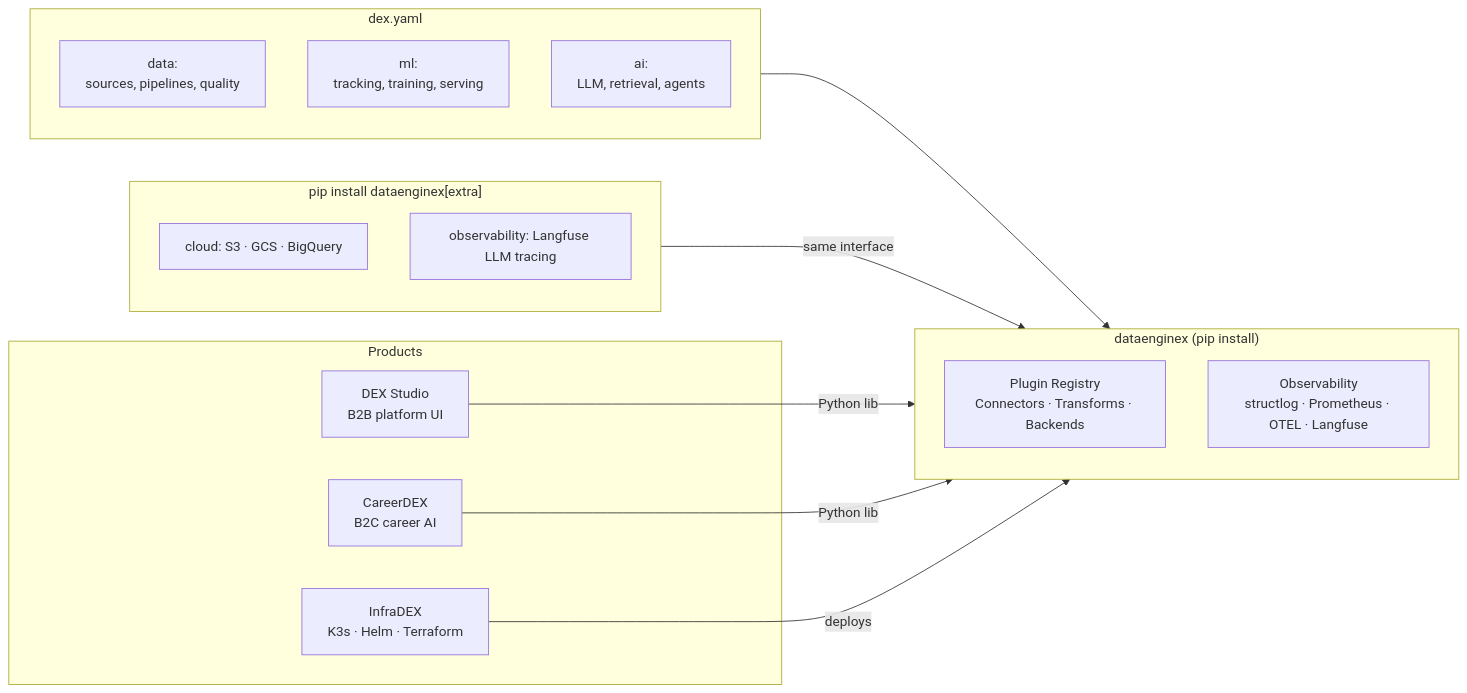
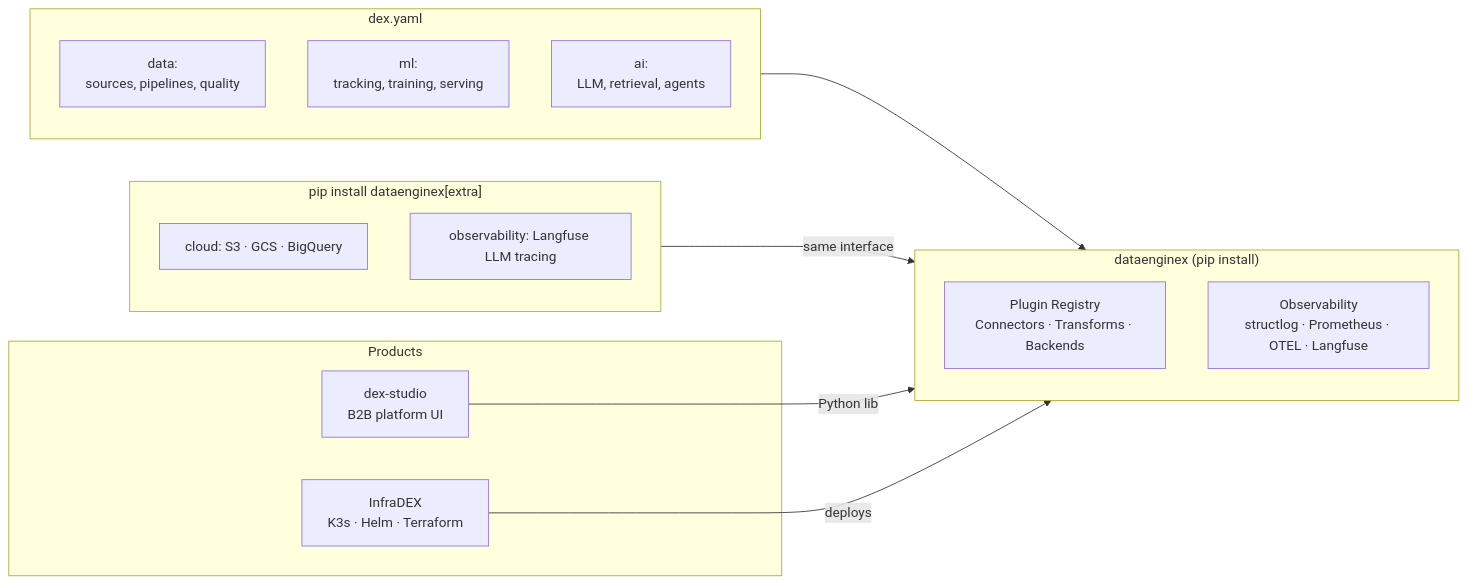
One commit to TheDataEngineX/.github changed the diagram in profile/README.md. Above: the diagram before and after it, drawn with Mermaid. The commit also changed other lines of this file and 70 other files, not shown here.

````diff
--- a/profile/README.md
+++ b/profile/README.md
@@ -24,33 +24,31 @@
 ```mermaid
 graph LR
     subgraph Config ["dex.yaml"]
         direction TB
         DC[data:\nsources, pipelines, quality]
         MC[ml:\ntracking, training, serving]
         AC[ai:\nLLM, retrieval, agents]
     end
 
     subgraph Core ["dataenginex (pip install)"]
         direction TB
         REG[Plugin Registry\nConnectors · Transforms · Backends]
         OB[Observability\nstructlog · Prometheus · OTEL · Langfuse]
     end
 
     subgraph Extras ["pip install dataenginex[extra]"]
         CL[cloud: S3 · GCS · BigQuery]
         OV[observability: Langfuse LLM tracing]
     end
 
     Config --> Core
     Extras -->|same interface| Core
 
     subgraph Products
-        B2B[DEX Studio\nB2B platform UI]
-        B2C[CareerDEX\nB2C career AI]
+        B2B[dex-studio\nB2B platform UI]
         INF[InfraDEX\nK3s · Helm · Terraform]
     end
 
     B2B -->|Python lib| Core
-    B2C -->|Python lib| Core
     INF -->|deploys| Core
 ```
````
